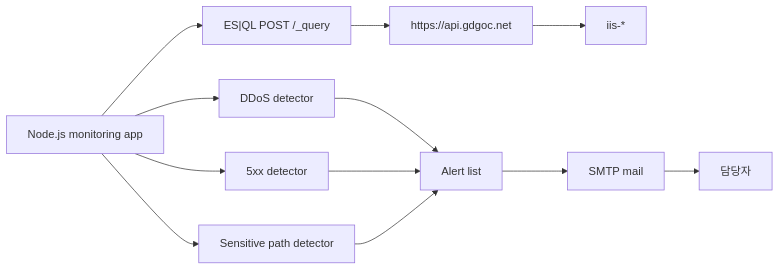
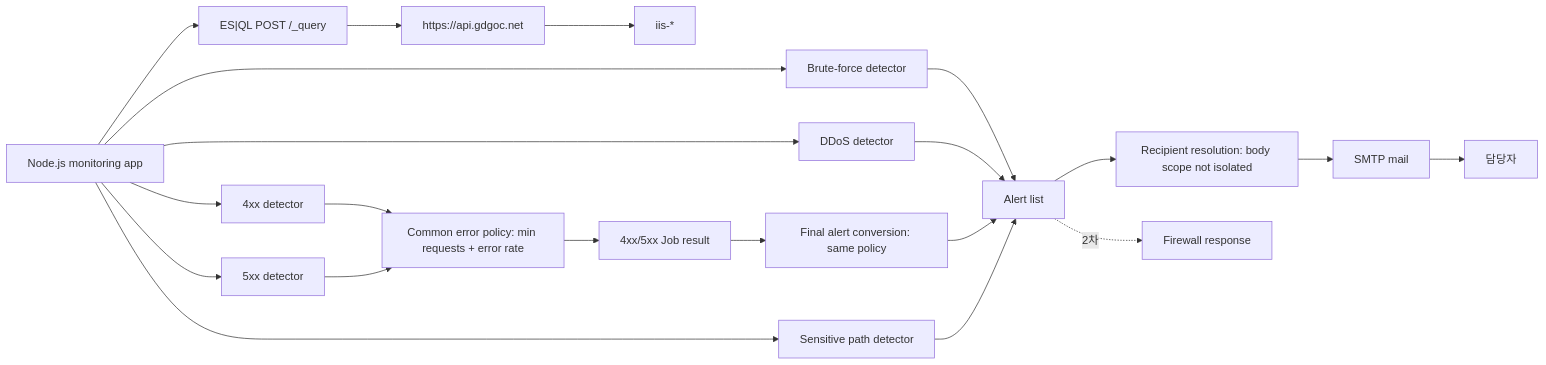
One commit to GDGoC-Gachon/25-26-Web-Log-Monitoring-Study changed the diagram in Docs/monitoring-system-development-guide.md. Above: the diagram before and after it, drawn with Mermaid. The commit also changed other lines of this file and 18 other files, not shown here.

````diff
--- a/Docs/monitoring-system-development-guide.md
+++ b/Docs/monitoring-system-development-guide.md
@@ -17,14 +17,23 @@
 ```mermaid
 flowchart LR
     App["Node.js monitoring app"] --> Query["ES|QL POST /_query"]
     Query --> Api["https://api.gdgoc.net"]
     Api --> Index["iis-*"]
+    App --> Brute["Brute-force detector"]
     App --> Ddos["DDoS detector"]
-    App --> Errors["5xx detector"]
+    App --> WebErrors["4xx detector"]
+    App --> ServerErrors["5xx detector"]
     App --> Paths["Sensitive path detector"]
+    Brute --> Alert["Alert list"]
     Ddos --> Alert["Alert list"]
-    Errors --> Alert
+    WebErrors --> ErrorPolicy["Common error policy: min requests + error rate"]
+    ServerErrors --> ErrorPolicy
+    ErrorPolicy --> ErrorResult["4xx/5xx Job result"]
+    ErrorResult --> FinalPolicy["Final alert conversion: same policy"]
+    FinalPolicy --> Alert
     Paths --> Alert
-    Alert --> Smtp["SMTP mail"]
+    Alert --> Scope["Recipient resolution: body scope not isolated"]
+    Scope --> Smtp["SMTP mail"]
     Smtp --> Recipients["담당자"]
+    Alert -. "2차" .-> Firewall["Firewall response"]
 ```
````
